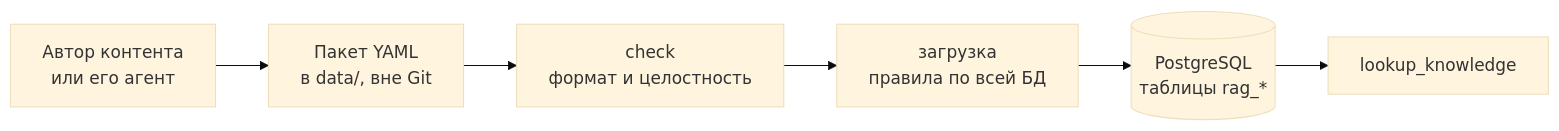
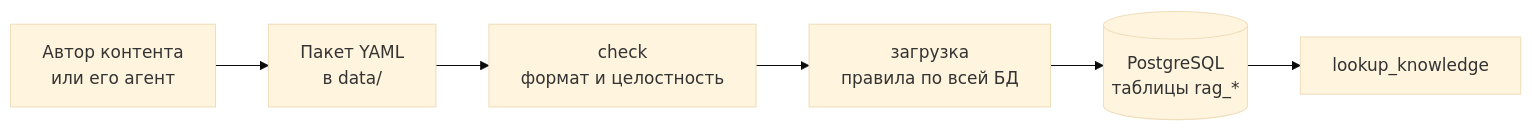
The second of 4 diagrams in docs/rag.md (Nisakoo/BMSTU-NIRS), drawn with Mermaid (base theme) before and after one commit. The commit also changed other lines of this file and 6 other files, not shown here.

````diff
--- a/docs/rag.md
+++ b/docs/rag.md
@@ -72,8 +72,8 @@
 ```mermaid
 flowchart LR
-    Author["Автор контента<br/>или его агент"] --> Package["Пакет YAML<br/>в data/, вне Git"]
+    Author["Автор контента<br/>или его агент"] --> Package["Пакет YAML<br/>в data/"]
     Package --> Check["check<br/>формат и целостность"]
     Check --> Load["загрузка<br/>правила по всей БД"]
     Load --> PG[("PostgreSQL<br/>таблицы rag_*")]
     PG --> Lookup[lookup_knowledge]
 ```
````
